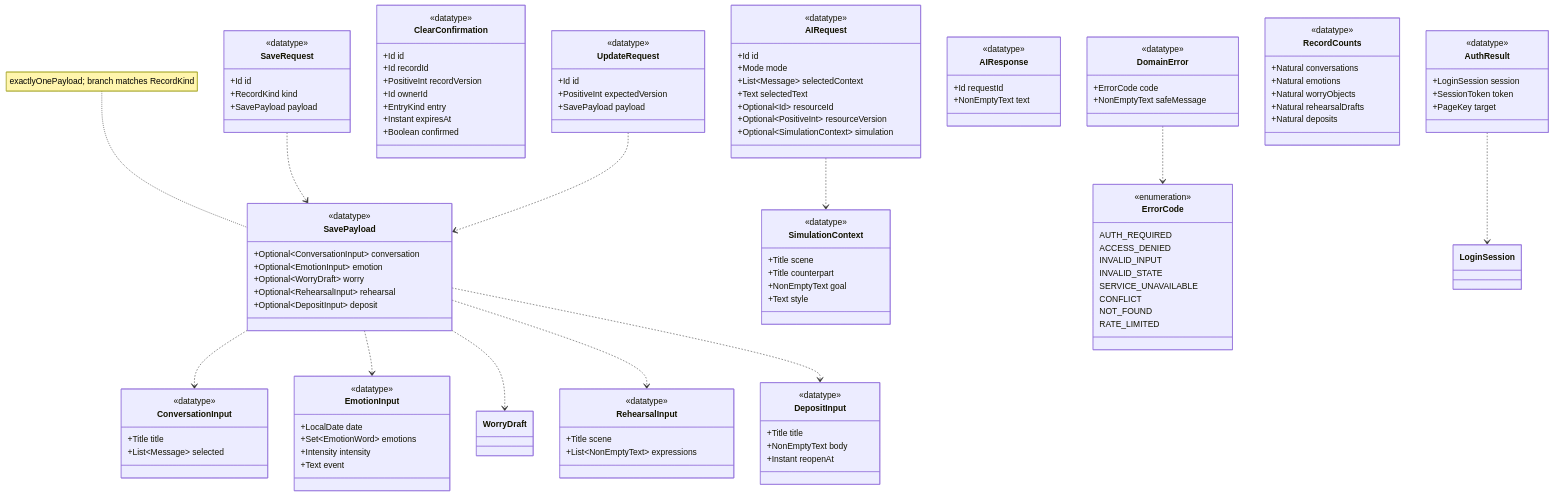
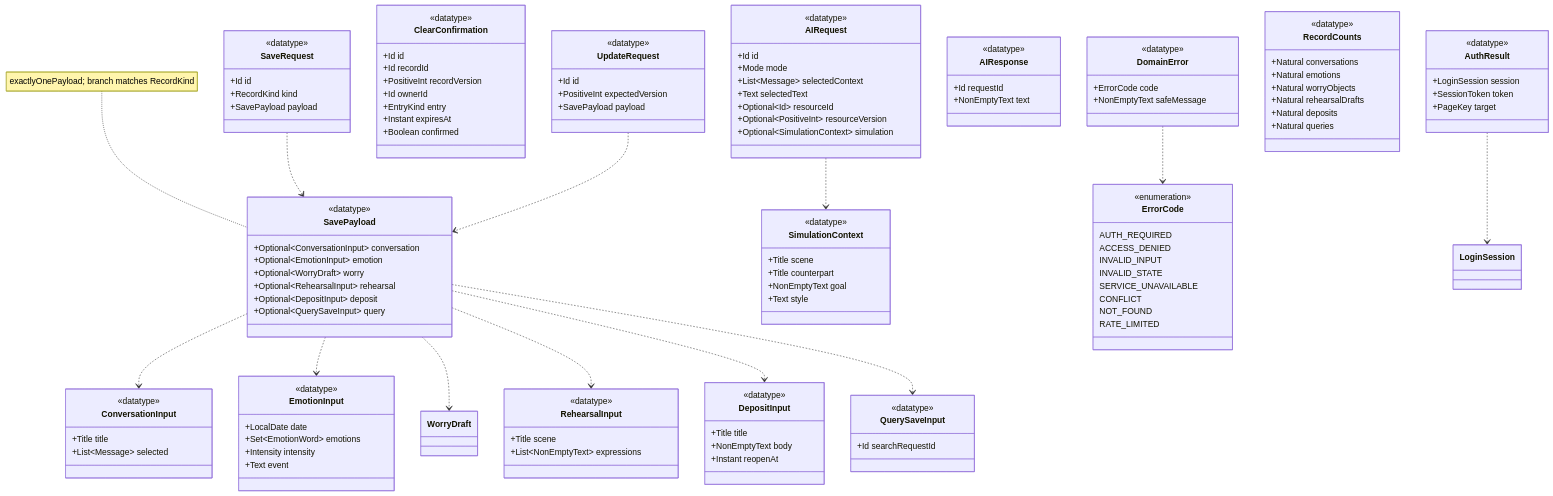
One commit to impureWine/404NOTFOUND changed the sixth of 6 diagrams in docs/第三次作业_李泉毅/02_完整设计类图_V1.2.md. Above: the diagram before and after it, drawn with Mermaid. The commit also changed other lines of this file and 15 other files, not shown here.

```diff
--- a/docs/第三次作业_李泉毅/02_完整设计类图_V1.2.md
+++ b/docs/第三次作业_李泉毅/02_完整设计类图_V1.2.md
@@ -820,6 +832,7 @@
   +Optional~WorryDraft~ worry
   +Optional~RehearsalInput~ rehearsal
   +Optional~DepositInput~ deposit
+  +Optional~QuerySaveInput~ query
 }
 class ConversationInput {
   <<datatype>>
@@ -843,6 +856,10 @@
   +Title title
   +NonEmptyText body
   +Instant reopenAt
+}
+class QuerySaveInput {
+  <<datatype>>
+  +Id searchRequestId
 }
 class UpdateRequest {
   <<datatype>>
@@ -911,6 +928,7 @@
   +Natural worryObjects
   +Natural rehearsalDrafts
   +Natural deposits
+  +Natural queries
 }
 SaveRequest ..> SavePayload
 UpdateRequest ..> SavePayload
@@ -919,6 +937,7 @@
 SavePayload ..> WorryDraft
 SavePayload ..> RehearsalInput
 SavePayload ..> DepositInput
+SavePayload ..> QuerySaveInput
 AIRequest ..> SimulationContext
 AuthResult ..> LoginSession
 DomainError ..> ErrorCode
```
